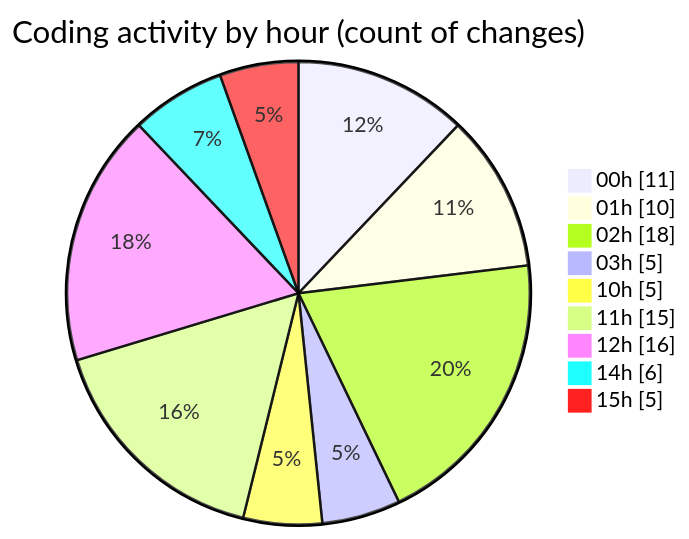
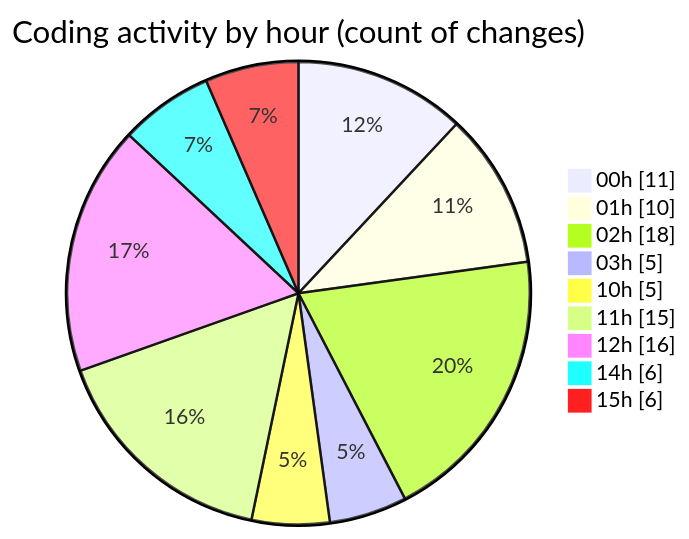
One commit to julien-gomy/code-tracking changed the second of 2 diagrams in 2025-11-02/cdp_aleoudev_fr__workspace_/README.md. Above: the diagram before and after it, drawn with Mermaid. The commit also changed other lines of this file and 1 other file, not shown here.

````diff
--- a/2025-11-02/cdp_aleoudev_fr__workspace_/README.md
+++ b/2025-11-02/cdp_aleoudev_fr__workspace_/README.md
@@ -36,13 +38,13 @@
 ```mermaid
 pie showData
 title Coding activity by hour (count of changes)
 "00h" : 11
 "01h" : 10
 "02h" : 18
 "03h" : 5
 "10h" : 5
 "11h" : 15
 "12h" : 16
 "14h" : 6
-"15h" : 5
+"15h" : 6
 ```
````
